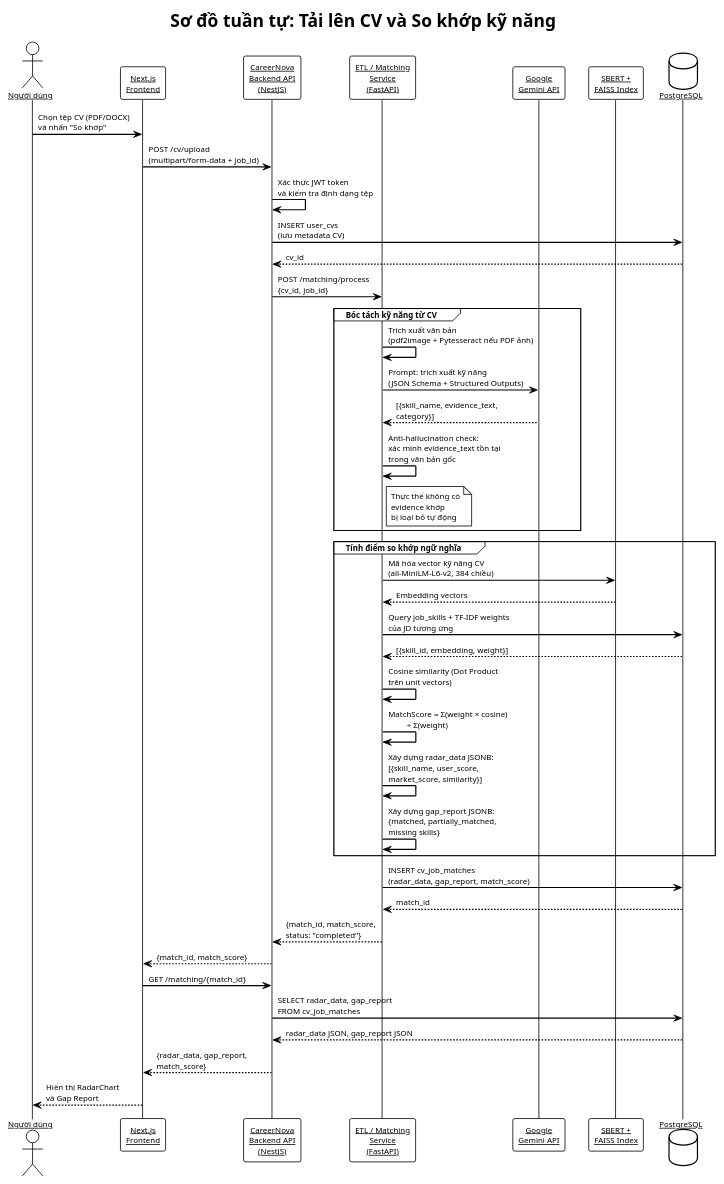
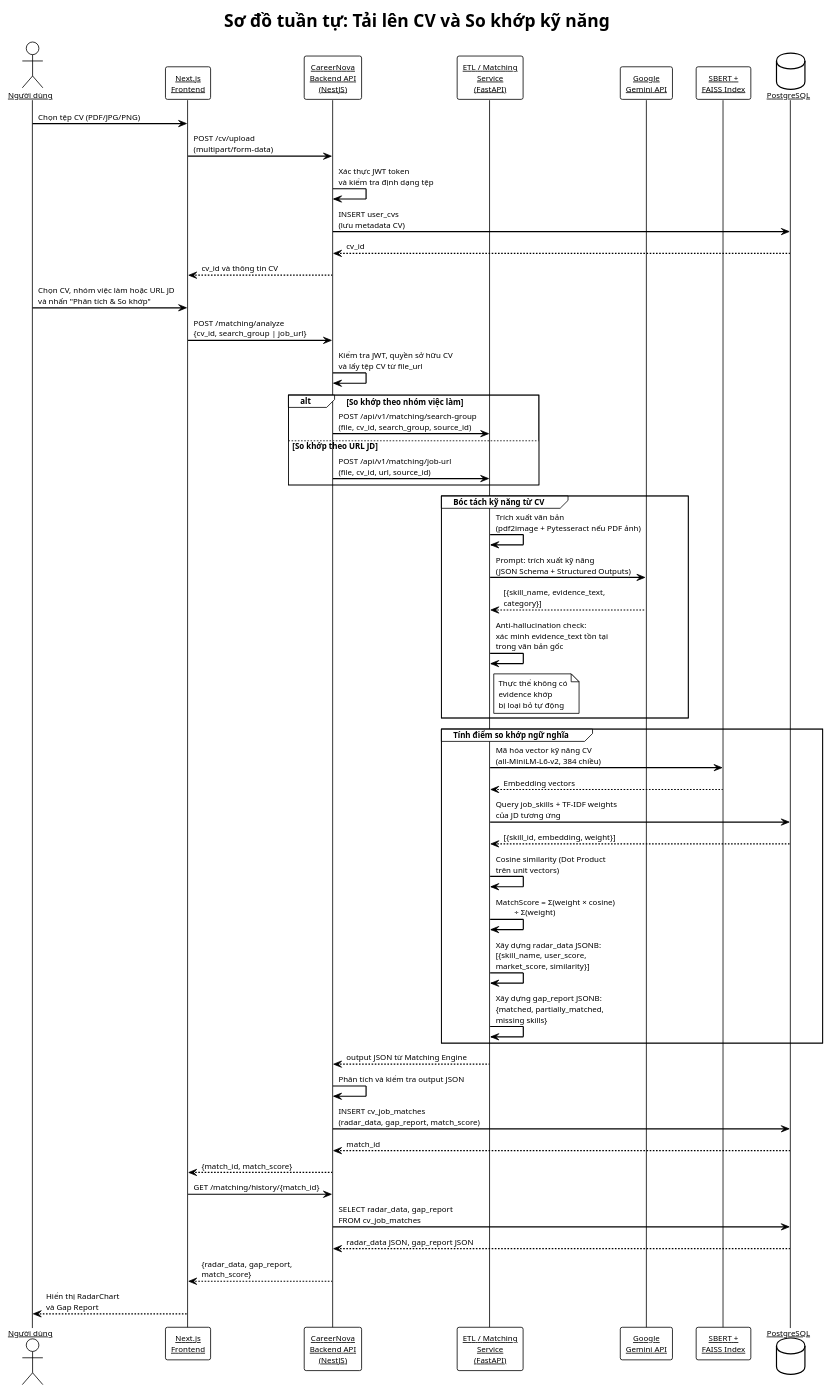
Before and after one commit to Myy1112/082026: the diagram in SourceCode/diagrams/cv_upload_sequence.puml, drawn with PlantUML. The commit also changed 40 other files, not shown here.

Commit message:
docs: update thesis chapters with new UI/UX diagrams and expand literature review with web scraping and transformer model references

```diff
--- a/SourceCode/diagrams/cv_upload_sequence.puml
+++ b/SourceCode/diagrams/cv_upload_sequence.puml
@@ -1,60 +1,69 @@
 @startuml cv_upload_sequence
 !theme plain
 skinparam defaultFontSize 10
 skinparam defaultFontName Arial
 skinparam backgroundColor #FFFFFF
 skinparam sequenceArrowThickness 1.5
 skinparam sequenceParticipant underline
 skinparam sequenceBoxBackgroundColor #F5F5F5
 
 title Sơ đồ tuần tự: Tải lên CV và So khớp kỹ năng
 
 actor       "Người dùng"              as User
 participant "Next.js\nFrontend"       as FE
 participant "CareerNova\nBackend API\n(NestJS)" as API
 participant "ETL / Matching\nService\n(FastAPI)" as ETL
 participant "Google\nGemini API"      as GEMINI
 participant "SBERT +\nFAISS Index"    as EMBED
 database    "PostgreSQL"              as DB
 
-User -> FE   : Chọn tệp CV (PDF/DOCX)\nvà nhấn "So khớp"
-FE   -> API  : POST /cv/upload\n(multipart/form-data + job_id)
+User -> FE   : Chọn tệp CV (PDF/JPG/PNG)
+FE   -> API  : POST /cv/upload\n(multipart/form-data)
 API  -> API  : Xác thực JWT token\nvà kiểm tra định dạng tệp
 API  -> DB   : INSERT user_cvs\n(lưu metadata CV)
 DB  --> API  : cv_id
 
-API  -> ETL  : POST /matching/process\n{cv_id, job_id}
+API --> FE   : cv_id và thông tin CV
+User -> FE   : Chọn CV, nhóm việc làm hoặc URL JD\nvà nhấn "Phân tích & So khớp"
+FE   -> API  : POST /matching/analyze\n{cv_id, search_group | job_url}
+API  -> API  : Kiểm tra JWT, quyền sở hữu CV\nvà lấy tệp CV từ file_url
+
+alt So khớp theo nhóm việc làm
+    API -> ETL : POST /api/v1/matching/search-group\n(file, cv_id, search_group, source_id)
+else So khớp theo URL JD
+    API -> ETL : POST /api/v1/matching/job-url\n(file, cv_id, url, source_id)
+end
 
 group Bóc tách kỹ năng từ CV
     ETL -> ETL    : Trích xuất văn bản\n(pdf2image + Pytesseract nếu PDF ảnh)
     ETL -> GEMINI : Prompt: trích xuất kỹ năng\n(JSON Schema + Structured Outputs)
     GEMINI --> ETL : [{skill_name, evidence_text,\ncategory}]
     ETL -> ETL    : Anti-hallucination check:\nxác minh evidence_text tồn tại\ntrong văn bản gốc
     note right of ETL : Thực thể không có\nevidence khớp\nbị loại bỏ tự động
 end
 
 group Tính điểm so khớp ngữ nghĩa
     ETL -> EMBED  : Mã hóa vector kỹ năng CV\n(all-MiniLM-L6-v2, 384 chiều)
     EMBED --> ETL : Embedding vectors
     ETL -> DB     : Query job_skills + TF-IDF weights\ncủa JD tương ứng
     DB  --> ETL   : [{skill_id, embedding, weight}]
     ETL -> ETL    : Cosine similarity (Dot Product\ntrên unit vectors)
     ETL -> ETL    : MatchScore = Σ(weight × cosine)\n         ÷ Σ(weight)
     ETL -> ETL    : Xây dựng radar_data JSONB:\n[{skill_name, user_score,\nmarket_score, similarity}]
     ETL -> ETL    : Xây dựng gap_report JSONB:\n{matched, partially_matched,\nmissing skills}
 end
 
-ETL -> DB    : INSERT cv_job_matches\n(radar_data, gap_report, match_score)
-DB --> ETL   : match_id
-
-ETL --> API  : {match_id, match_score,\nstatus: "completed"}
+ETL --> API  : output JSON từ Matching Engine
+API  -> API  : Phân tích và kiểm tra output JSON
+API -> DB    : INSERT cv_job_matches\n(radar_data, gap_report, match_score)
+DB --> API   : match_id
 API --> FE   : {match_id, match_score}
 
-FE   -> API  : GET /matching/{match_id}
+FE   -> API  : GET /matching/history/{match_id}
 API  -> DB   : SELECT radar_data, gap_report\nFROM cv_job_matches
 DB  --> API  : radar_data JSON, gap_report JSON
 API --> FE   : {radar_data, gap_report,\nmatch_score}
 
 FE  --> User : Hiển thị RadarChart\nvà Gap Report
 
 @enduml
```
